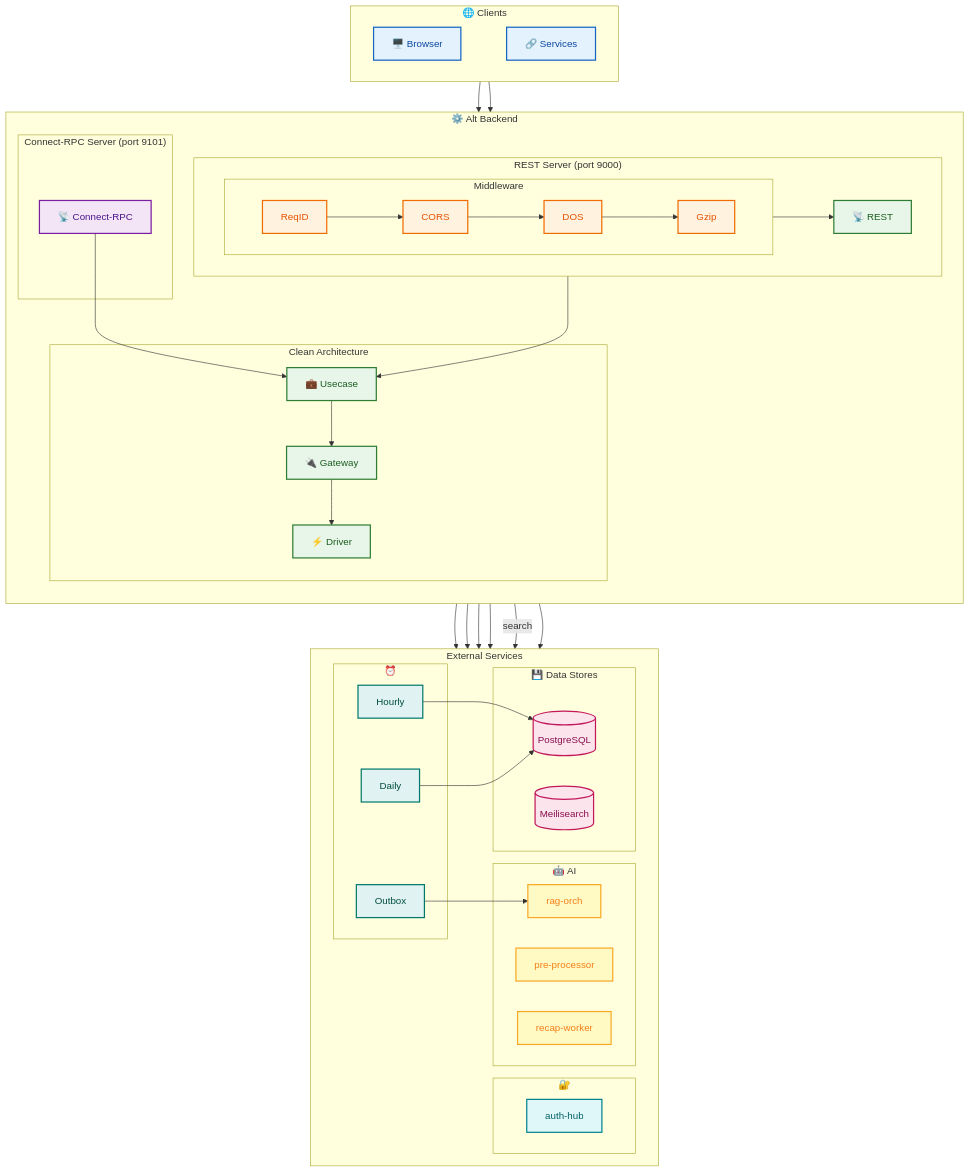
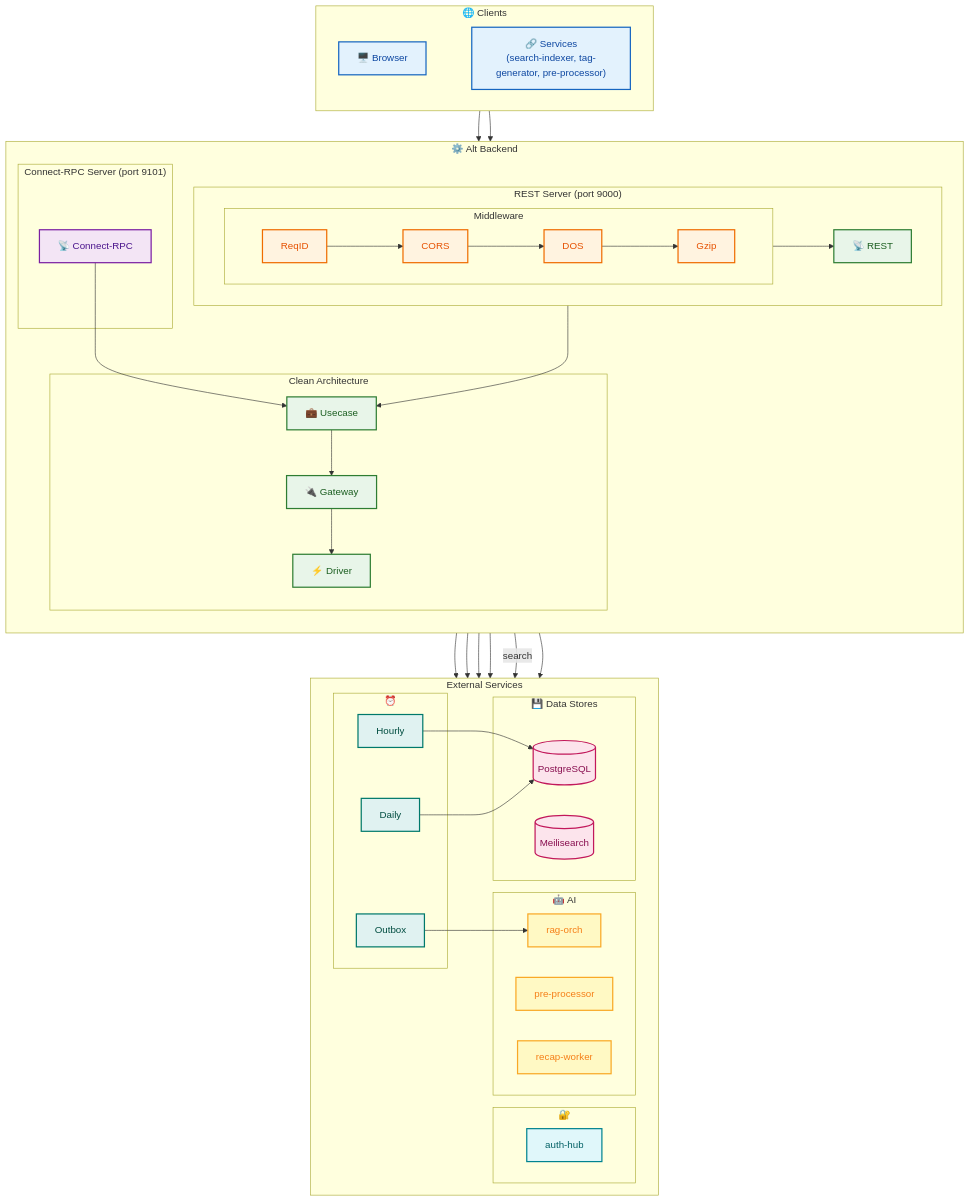
The diagram in docs/services/alt-backend.md (Kaikei-e/Alt), drawn with Mermaid before and after one commit. The commit also changed other lines of this file and 6 other files, not shown here.

````diff
--- a/docs/services/alt-backend.md
+++ b/docs/services/alt-backend.md
@@ -148,81 +159,81 @@
 ```mermaid
 flowchart TB
     subgraph Clients ["🌐 Clients"]
         direction LR
-        Browser["🖥️ Browser"] ~~~ Services["🔗 Services"]
+        Browser["🖥️ Browser"] ~~~ Services["🔗 Services\n(search-indexer, tag-generator, pre-processor)"]
     end
 
     subgraph Backend ["⚙️ Alt Backend"]
         direction TB
         subgraph REST_Server ["REST Server (port 9000)"]
             direction LR
             subgraph MW ["Middleware"]
                 M1["ReqID"] --> M2["CORS"] --> M3["DOS"] --> M4["Gzip"]
             end
             REST["📡 REST"]
         end
 
         subgraph Connect_Server ["Connect-RPC Server (port 9101)"]
             CRPC["📡 Connect-RPC"]
         end
 
         subgraph CA ["Clean Architecture"]
             UC["💼 Usecase"] --> GW["🔌 Gateway"] --> DR["⚡ Driver"]
         end
     end
 
     subgraph Services_Row ["External Services"]
         direction LR
         subgraph Data ["💾 Data Stores"]
             PG[("PostgreSQL")]
             MS[("Meilisearch")]
         end
 
         subgraph AI ["🤖 AI"]
             PP["pre-processor"]
             RW["recap-worker"]
             RAG["rag-orch"]
         end
 
         subgraph Auth ["🔐"]
             AH["auth-hub"]
         end
 
         subgraph Jobs ["⏰"]
             HJ["Hourly"]
             DJ["Daily"]
             OW["Outbox"]
         end
     end
 
     %% Connections
     Browser --> MW --> REST
     Services --> CRPC
     REST --> UC
     CRPC --> UC
     DR --> PG
     GW --> PP & RW & RAG
     GW -->|search| MS
     REST --> AH
     HJ & DJ --> PG
     OW --> RAG
 
     %% Styling
     classDef client fill:#e3f2fd,stroke:#1565c0,stroke-width:2px,color:#0d47a1
     classDef mw fill:#fff3e0,stroke:#ef6c00,stroke-width:2px,color:#e65100
     classDef ca fill:#e8f5e9,stroke:#2e7d32,stroke-width:2px,color:#1b5e20
     classDef data fill:#fce4ec,stroke:#c2185b,stroke-width:2px,color:#880e4f
     classDef ai fill:#fff9c4,stroke:#f9a825,stroke-width:2px,color:#f57f17
     classDef auth fill:#e0f7fa,stroke:#00838f,stroke-width:2px,color:#006064
     classDef job fill:#e0f2f1,stroke:#00796b,stroke-width:2px,color:#004d40
     classDef connect fill:#f3e5f5,stroke:#7b1fa2,stroke-width:2px,color:#4a148c
 
     class Browser,Services client
     class M1,M2,M3,M4 mw
     class REST,UC,GW,DR ca
     class PG,MS data
     class PP,RW,RAG ai
     class AH auth
     class HJ,DJ,OW job
     class CRPC connect
 ```
````
